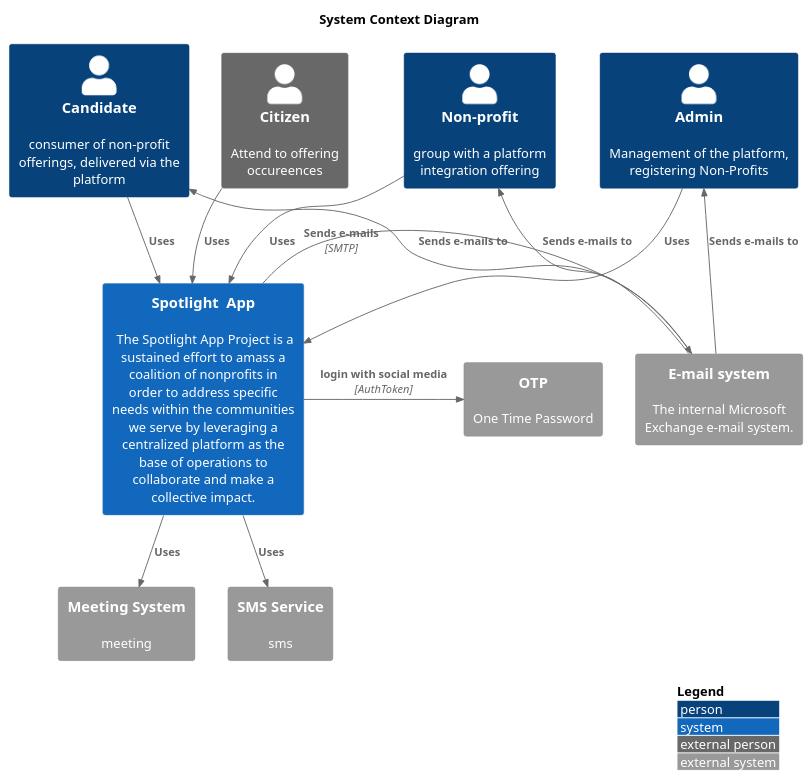
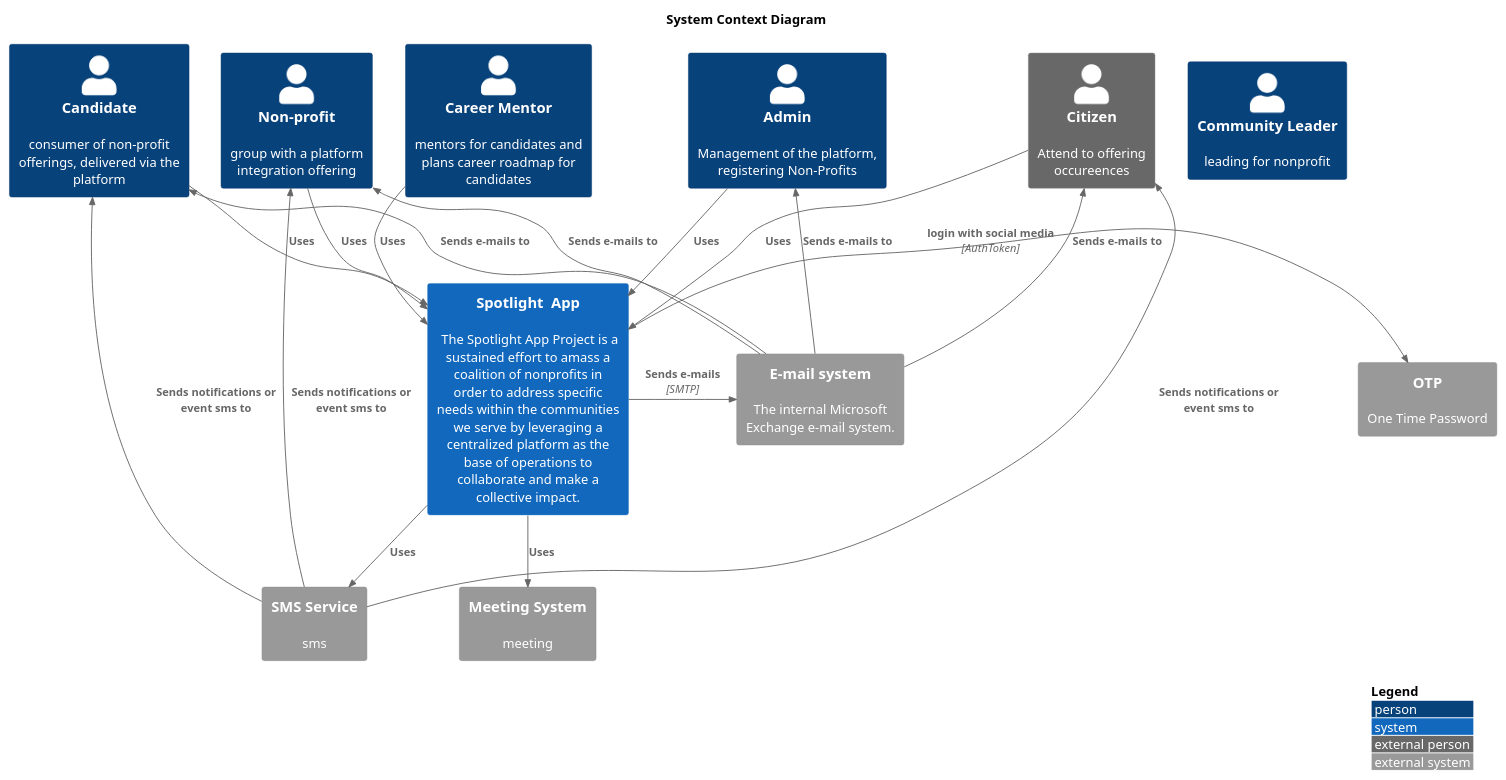
One commit to Katatubies/kata2022 changed the first of 3 diagrams in 2.SolutionBackground/c4.md. Above: the diagram before and after it, drawn with PlantUML. The commit also changed other lines of this file, not shown here.

````diff
--- a/2.SolutionBackground/c4.md
+++ b/2.SolutionBackground/c4.md
@@ -3,53 +3,67 @@
 ```plantuml
 @startuml
 !include https://raw.githubusercontent.com/plantuml-stdlib/C4-PlantUML/master/C4_Context.puml
 
 ' uncomment the following line and comment the first to use locally
 
 ' !include C4_Context.puml
 
 LAYOUT_WITH_LEGEND()
 
 title System Context Diagram
 
 Person(candidate, "Candidate", "consumer of non-profit offerings, delivered via the platform")
 
 Person(nonprofit, "Non-profit", "group with a platform integration offering")
+
+Person(community_leader, "Community Leader", "leading for nonprofit")
+
+Person(career_mentor, "Career Mentor", "mentors for candidates and plans career roadmap for candidates")
 
 Person(admin, "Admin", "Management of the platform, registering Non-Profits")
 
 Person_Ext(citizen, "Citizen", "Attend to offering occureences")
 
 System(spotlight, "Spotlight  App", " The Spotlight App Project is a sustained effort to amass a coalition of nonprofits in order to address specific needs within the communities we serve by leveraging a centralized platform as the base of operations to collaborate and make a collective impact. ")
 
 System_Ext(mail_system, "E-mail system", "The internal Microsoft Exchange e-mail system.")
 
 System_Ext(meeting, "Meeting System", "meeting")
 
 System_Ext(otp, "OTP", "One Time Password")
 
 System_Ext(sms, "SMS Service", "sms")
 
 Rel(candidate, spotlight , "Uses")
 
+Rel(career_mentor, spotlight , "Uses")
+
 Rel(admin, spotlight, "Uses")
 
 Rel(nonprofit, spotlight, "Uses")
 
 Rel_Back(candidate, mail_system, "Sends e-mails to")
 
 Rel_Back(nonprofit, mail_system, "Sends e-mails to")
+
+Rel_Back(citizen, mail_system, "Sends e-mails to")
 
 Rel_Back(admin, mail_system, "Sends e-mails to")
 
 Rel_Neighbor(spotlight, mail_system, "Sends e-mails", "SMTP")
 
 Rel_Neighbor(spotlight, otp, "login with social media", "AuthToken")
 
 Rel(spotlight, meeting, "Uses")
 
 Rel(spotlight, sms, "Uses")
 
 Rel(citizen, spotlight , "Uses")
+
+Rel_Back(citizen, sms, "Sends notifications or event sms to")
+
+Rel_Back(nonprofit, sms, "Sends notifications or event sms to")
+
+Rel_Back(candidate, sms, "Sends notifications or event sms to")
 @enduml
 ```
````
